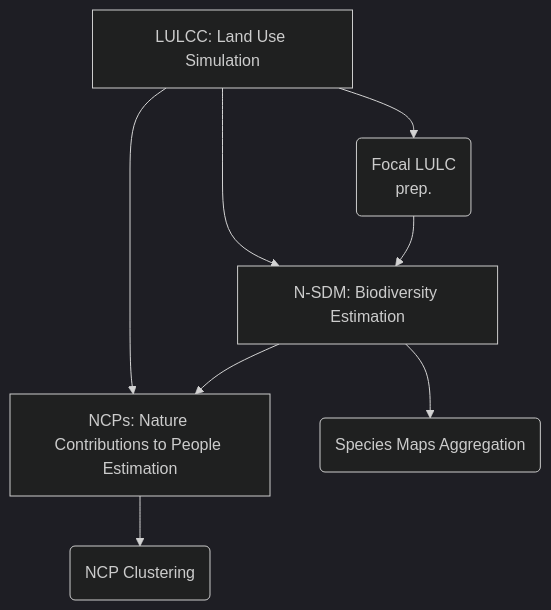
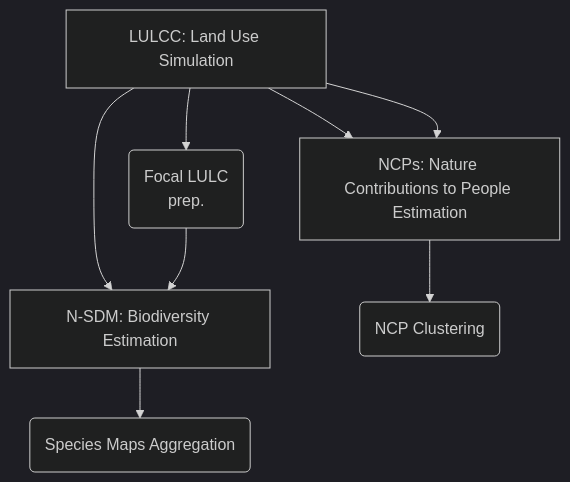
The diagram in FutureEiGuide/structure.qmd (ethzplus/evoland-plus-HPC), drawn with Mermaid (dark theme) before and after one commit. The commit also changed other lines of this file and 2 other files, not shown here.

Commit message:
Doc, License, Update Structure Diagram

````diff
--- a/FutureEiGuide/structure.qmd
+++ b/FutureEiGuide/structure.qmd
@@ -6,12 +6,12 @@
 ```{mermaid}
 %%| label: fig-pipeline
 %%| fig-cap: "Pipeline Overview"
 flowchart TD
   LULCC[LULCC: Land Use Simulation] --> Focal(Focal LULC<br>prep.)
   LULCC --> NSDM[N-SDM: Biodiversity Estimation]
   Focal --> NSDM
   LULCC --> NCPs[NCPs: Nature Contributions to People Estimation]
-  NSDM --> NCPs
+  LULCC --> NCPs
   NSDM --> AggSp(Species Maps Aggregation)
   NCPs --> AggNCPs(NCP Clustering)
 ```
````
